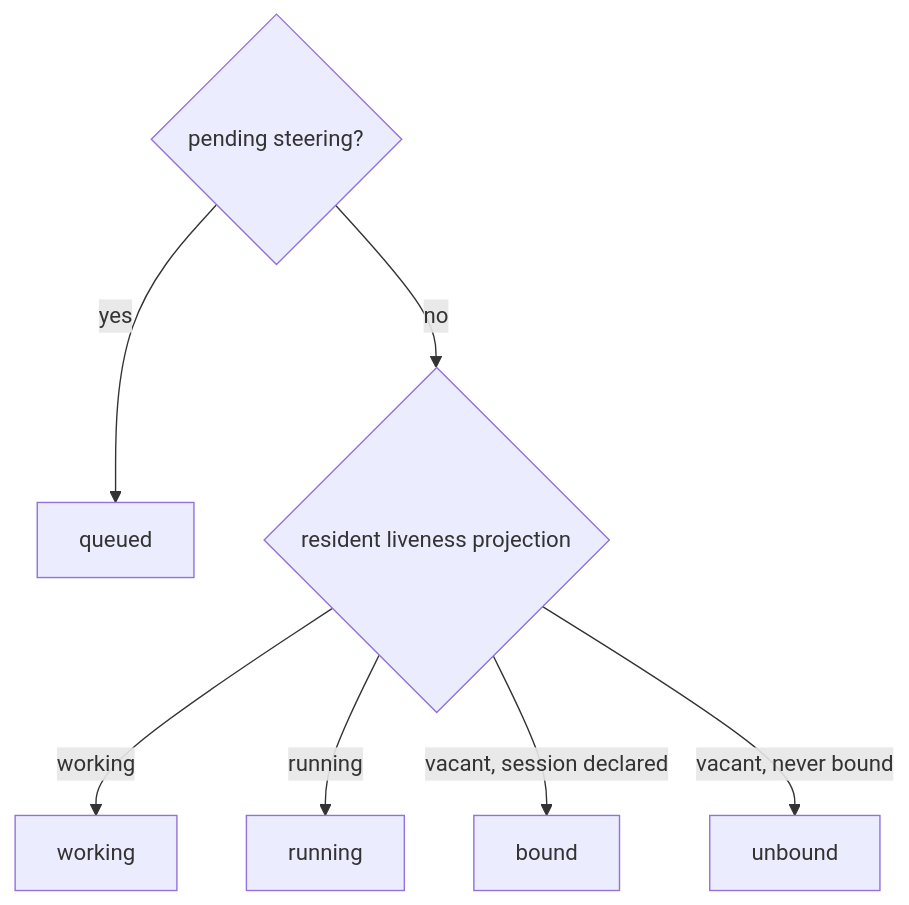
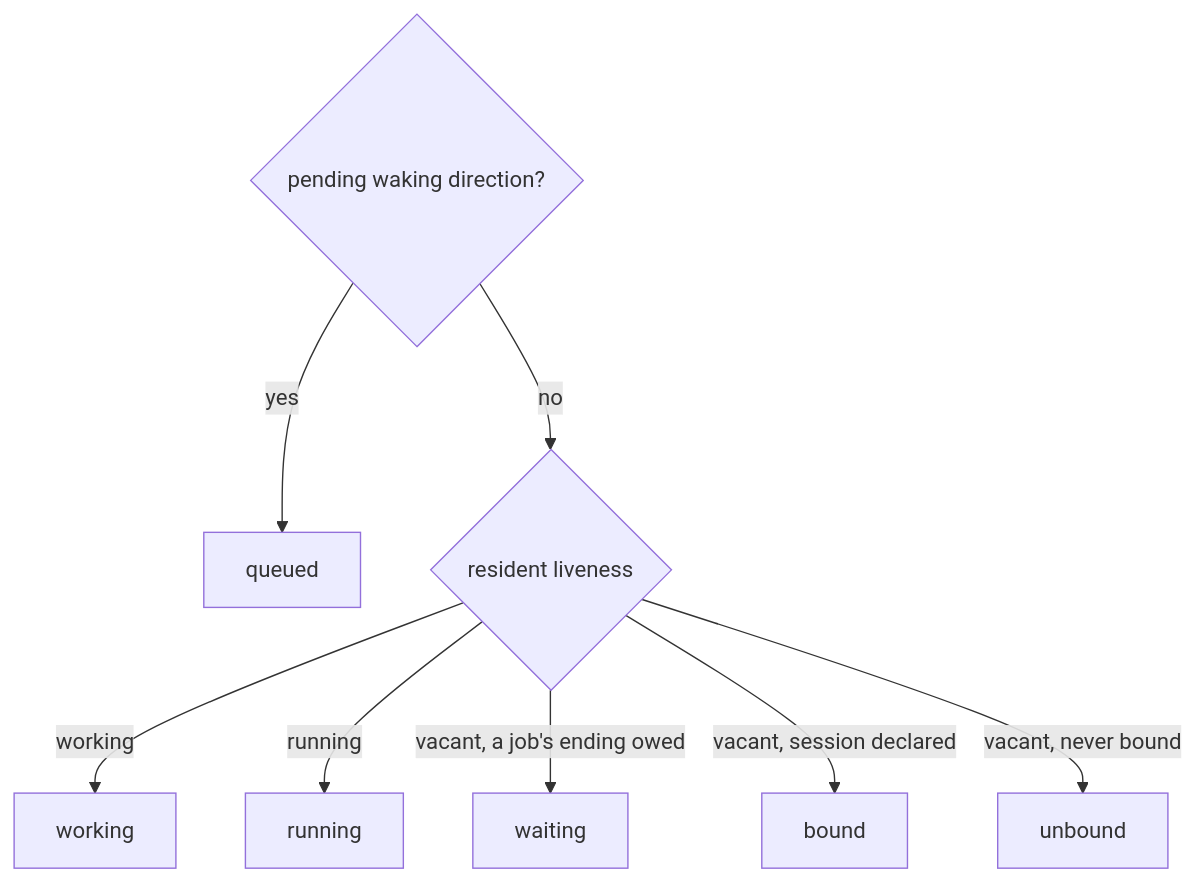
One commit to infimalabs/spice-rust changed the ninth of 14 diagrams in docs/product/loops.md. Above: the diagram before and after it, drawn with Mermaid. The commit also changed other lines of this file and 1 other file, not shown here.

````diff
--- a/docs/product/loops.md
+++ b/docs/product/loops.md
@@ -316,10 +179,11 @@
 ```mermaid
 flowchart TD
-  Q{"pending steering?"}
+  Q{"pending waking direction?"}
   Q -- yes --> QUEUED["queued"]
-  Q -- no --> L{"resident liveness projection"}
+  Q -- no --> L{"resident liveness"}
   L -- working --> WORKING["working"]
   L -- running --> RUNNING["running"]
+  L -- "vacant, a job's ending owed" --> WAITING["waiting"]
   L -- "vacant, session declared" --> BOUND["bound"]
   L -- "vacant, never bound" --> UNBOUND["unbound"]
 ```
````
